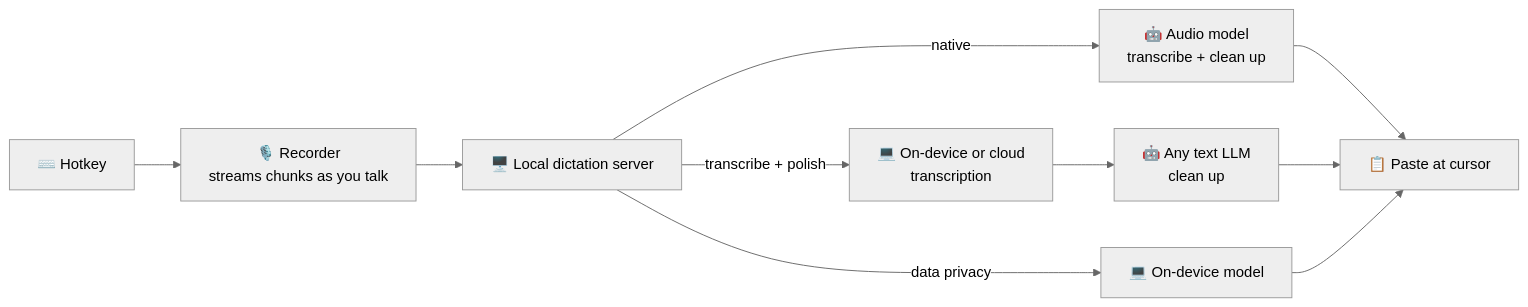
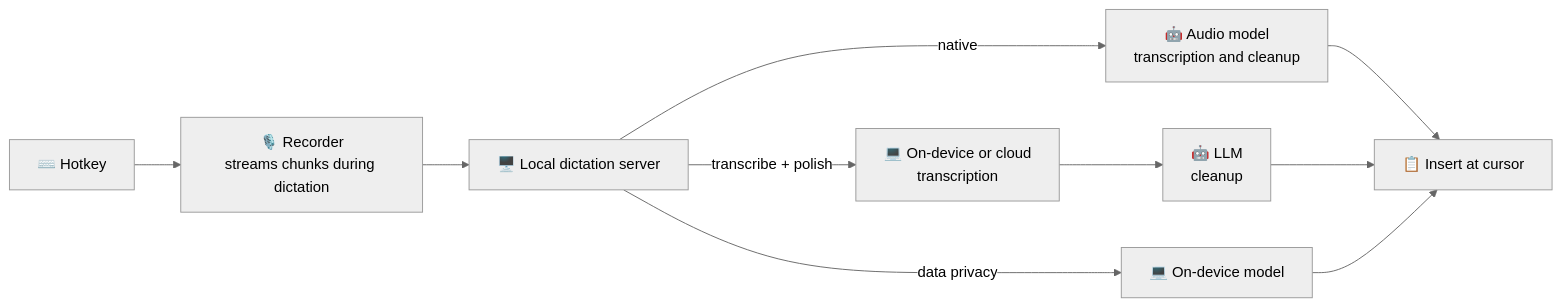
The diagram in README.en.md (GavinMo1/speakmore), drawn with Mermaid (neutral theme) before and after one commit. The commit also changed other lines of this file and 3 other files, not shown here.

Commit message:
README 中英两版的语言整体改成书面语：去掉口语和第二人称口吻，按报告的写法写，句子更短、术语统一（如"花钱自由"改为"费用自由"，"开始用"改为"安装"）；内容和配图不变

````diff
--- a/README.en.md
+++ b/README.en.md
@@ -296,12 +296,12 @@
 ```mermaid
 flowchart LR
-  A["⌨️ Hotkey"] --> B["🎙️ Recorder<br/>streams chunks as you talk"]
+  A["⌨️ Hotkey"] --> B["🎙️ Recorder<br/>streams chunks during dictation"]
   B --> C["🖥️ Local dictation server"]
-  C -- native --> D["🤖 Audio model<br/>transcribe + clean up"]
+  C -- native --> D["🤖 Audio model<br/>transcription and cleanup"]
   C -- transcribe + polish --> L["💻 On-device or cloud<br/>transcription"]
-  L --> P["🤖 Any text LLM<br/>clean up"]
+  L --> P["🤖 LLM<br/>cleanup"]
   C -- data privacy --> Q["💻 On-device model"]
-  D --> E["📋 Paste at cursor"]
+  D --> E["📋 Insert at cursor"]
   P --> E
   Q --> E
 ```
````
